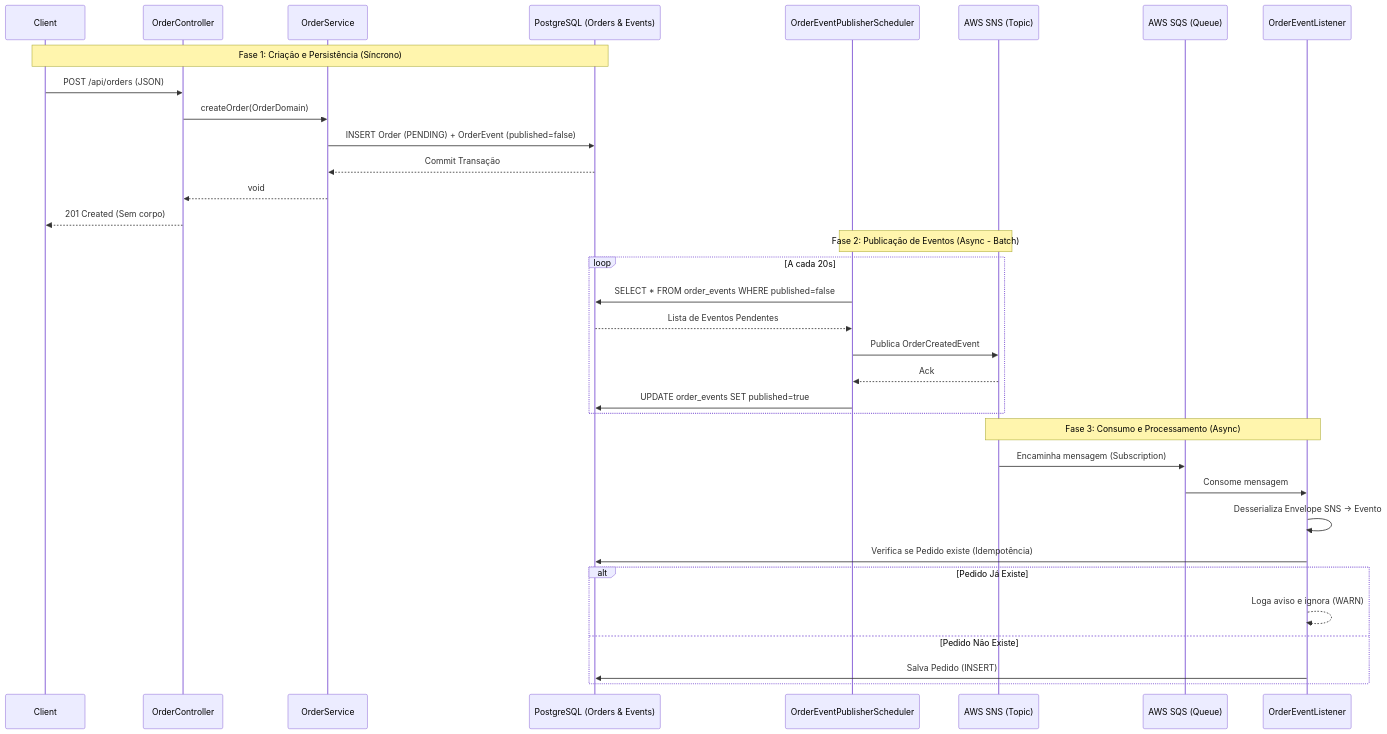
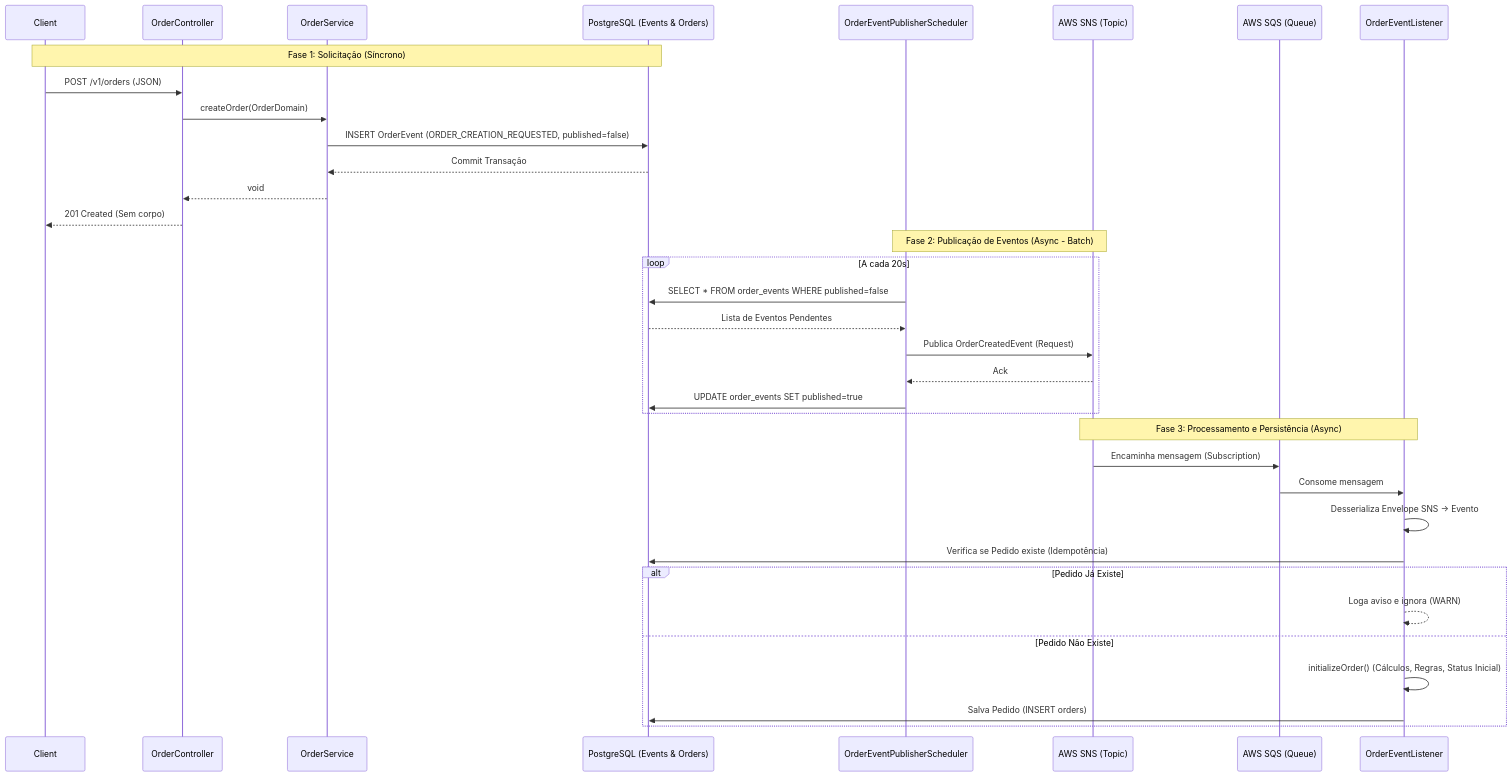
One commit to GabrielBobrov/e-commerce changed the diagram in backend/ms-order/API_DOCS.md. Above: the diagram before and after it, drawn with Mermaid. The commit also changed other lines of this file and 19 other files, not shown here.

````diff
--- a/backend/ms-order/API_DOCS.md
+++ b/backend/ms-order/API_DOCS.md
@@ -11,39 +13,40 @@
 ```mermaid
 sequenceDiagram
     participant Client
     participant Controller as OrderController
     participant Service as OrderService
-    participant DB as PostgreSQL (Orders & Events)
+    participant DB as PostgreSQL (Events & Orders)
     participant Scheduler as OrderEventPublisherScheduler
     participant SNS as AWS SNS (Topic)
     participant SQS as AWS SQS (Queue)
     participant Listener as OrderEventListener
 
-    Note over Client, DB: Fase 1: Criação e Persistência (Síncrono)
-    Client->>Controller: POST /api/orders (JSON)
+    Note over Client, DB: Fase 1: Solicitação (Síncrono)
+    Client->>Controller: POST /v1/orders (JSON)
     Controller->>Service: createOrder(OrderDomain)
-    Service->>DB: INSERT Order (PENDING) + OrderEvent (published=false)
+    Service->>DB: INSERT OrderEvent (ORDER_CREATION_REQUESTED, published=false)
     DB-->>Service: Commit Transação
     Service-->>Controller: void
     Controller-->>Client: 201 Created (Sem corpo)
     
     Note over Scheduler, SNS: Fase 2: Publicação de Eventos (Async - Batch)
     loop A cada 20s
         Scheduler->>DB: SELECT * FROM order_events WHERE published=false
         DB-->>Scheduler: Lista de Eventos Pendentes
-        Scheduler->>SNS: Publica OrderCreatedEvent
+        Scheduler->>SNS: Publica OrderCreatedEvent (Request)
         SNS-->>Scheduler: Ack
         Scheduler->>DB: UPDATE order_events SET published=true
     end
     
-    Note over SNS, Listener: Fase 3: Consumo e Processamento (Async)
+    Note over SNS, Listener: Fase 3: Processamento e Persistência (Async)
     SNS->>SQS: Encaminha mensagem (Subscription)
     SQS->>Listener: Consome mensagem
     Listener->>Listener: Desserializa Envelope SNS -> Evento
     Listener->>DB: Verifica se Pedido existe (Idempotência)
     alt Pedido Já Existe
         Listener-->>Listener: Loga aviso e ignora (WARN)
     else Pedido Não Existe
-        Listener->>DB: Salva Pedido (INSERT)
+        Listener->>Listener: initializeOrder() (Cálculos, Regras, Status Inicial)
+        Listener->>DB: Salva Pedido (INSERT orders)
     end
 ```
````
